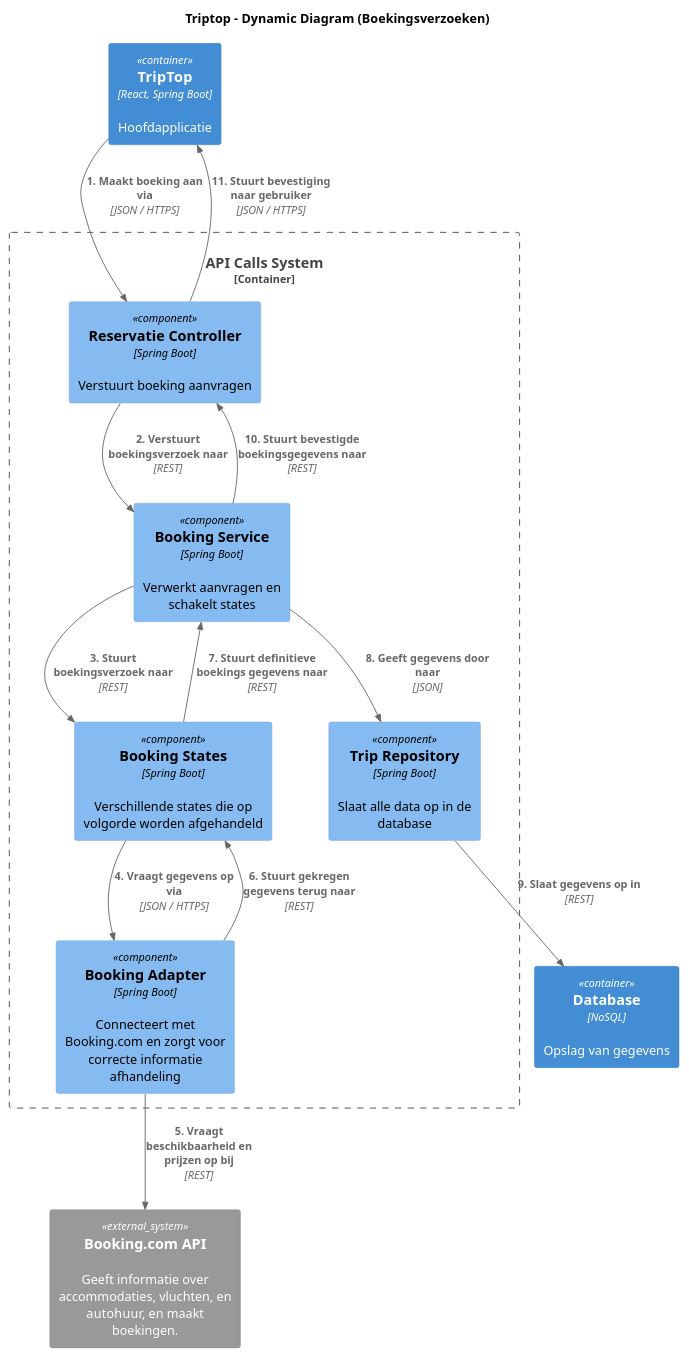
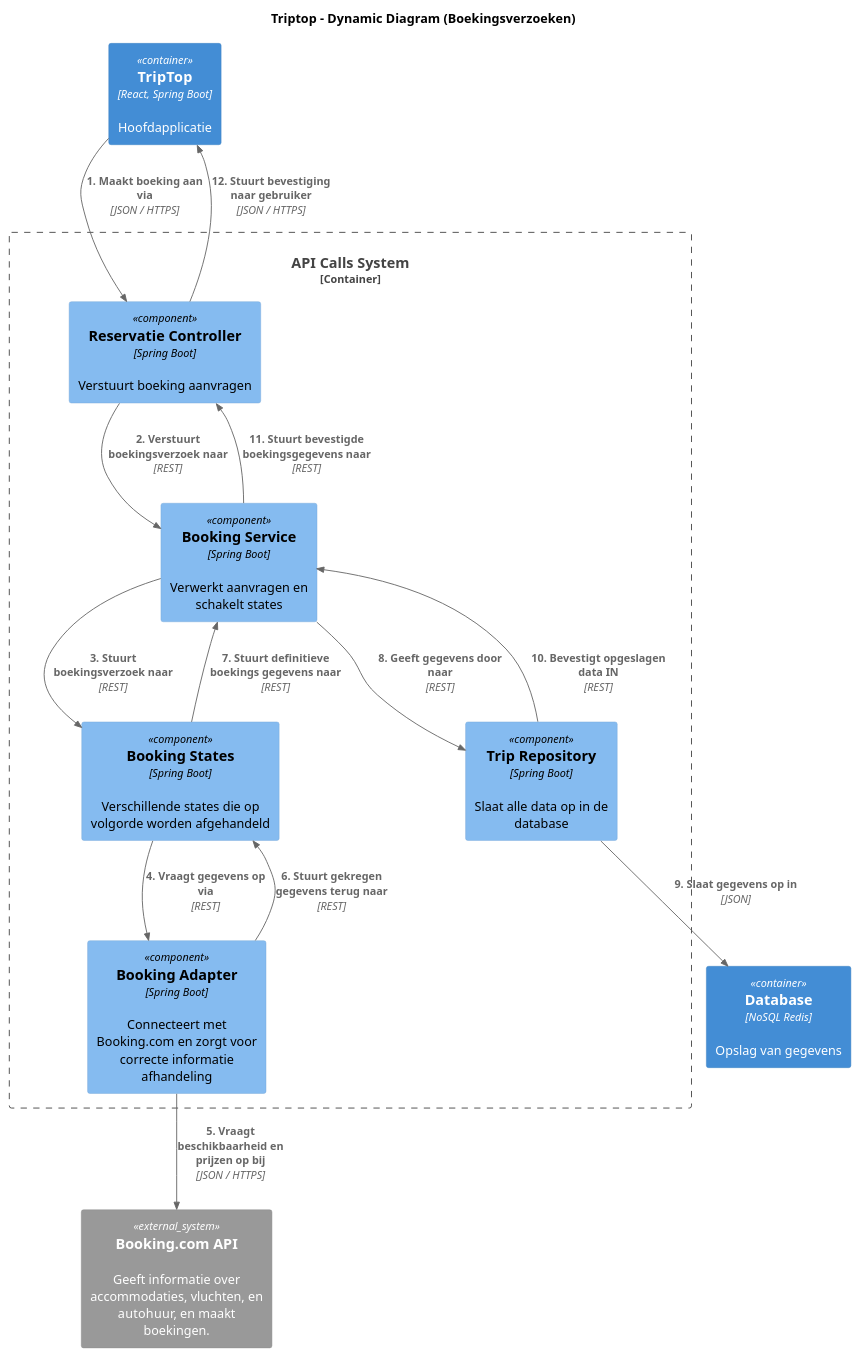
One commit to AIM-ENE-feb25/triptop-beca changed the diagram in opdracht-diagrammen/voorbereiding/final/FinalDynamicDiagram.puml. Above: the diagram before and after it, drawn with PlantUML.

Commit message:
Final Final Dynamic diagramV.2

```diff
--- a/opdracht-diagrammen/voorbereiding/final/FinalDynamicDiagram.puml
+++ b/opdracht-diagrammen/voorbereiding/final/FinalDynamicDiagram.puml
@@ -1,30 +1,31 @@
 @startuml
 !include https://raw.githubusercontent.com/plantuml-stdlib/C4-PlantUML/master/C4_Component.puml
 
 title Triptop - Dynamic Diagram (Boekingsverzoeken)
 
 Container(trip_trop, "TripTop", "React, Spring Boot", "Hoofdapplicatie")
-Container(db, "Database", "NoSQL", "Opslag van gegevens")
+Container(db, "Database", "NoSQL Redis", "Opslag van gegevens")
 System_Ext(booking_api, "Booking.com API", "Geeft informatie over accommodaties, vluchten, en autohuur, en maakt boekingen.")
 
 Container_Boundary(backend, "API Calls System") {
     Component(reservatie_controller, "Reservatie Controller", "Spring Boot", "Verstuurt boeking aanvragen")
     Component(booking_service, "Booking Service", "Spring Boot", "Verwerkt aanvragen en schakelt states")
     Component(booking_states, "Booking States", "Spring Boot", "Verschillende states die op volgorde worden afgehandeld")
     Component(booking_adapter, "Booking Adapter", "Spring Boot", "Connecteert met Booking.com en zorgt voor correcte informatie afhandeling")
     Component(trip_repository, "Trip Repository", "Spring Boot", "Slaat alle data op in de database")
 }
 
 Rel(trip_trop, reservatie_controller, "1. Maakt boeking aan via", "JSON / HTTPS")
 Rel(reservatie_controller, booking_service, "2. Verstuurt boekingsverzoek naar", "REST")
 Rel(booking_service, booking_states, "3. Stuurt boekingsverzoek naar", "REST")
-Rel(booking_states, booking_adapter, "4. Vraagt gegevens op via", "JSON / HTTPS")
-Rel(booking_adapter, booking_api, "5. Vraagt beschikbaarheid en prijzen op bij", "REST")
+Rel(booking_states, booking_adapter, "4. Vraagt gegevens op via", "REST")
+Rel(booking_adapter, booking_api, "5. Vraagt beschikbaarheid en prijzen op bij", "JSON / HTTPS")
 Rel(booking_adapter, booking_states, "6. Stuurt gekregen gegevens terug naar", "REST")
 Rel(booking_states, booking_service, "7. Stuurt definitieve boekings gegevens naar", "REST")
-Rel(booking_service, trip_repository, "8. Geeft gegevens door naar", "JSON")
-Rel(trip_repository, db, "9. Slaat gegevens op in", "REST")
-Rel(booking_service, reservatie_controller, "10. Stuurt bevestigde boekingsgegevens naar", "REST")
-Rel(reservatie_controller, trip_trop, "11. Stuurt bevestiging naar gebruiker", "JSON / HTTPS")
+Rel(booking_service, trip_repository, "8. Geeft gegevens door naar", "REST")
+Rel(trip_repository, db, "9. Slaat gegevens op in", "JSON")
+Rel(trip_repository, booking_service, "10. Bevestigt opgeslagen data IN", "REST")
+Rel(booking_service, reservatie_controller, "11. Stuurt bevestigde boekingsgegevens naar", "REST")
+Rel(reservatie_controller, trip_trop, "12. Stuurt bevestiging naar gebruiker", "JSON / HTTPS")
 
 @enduml
```
